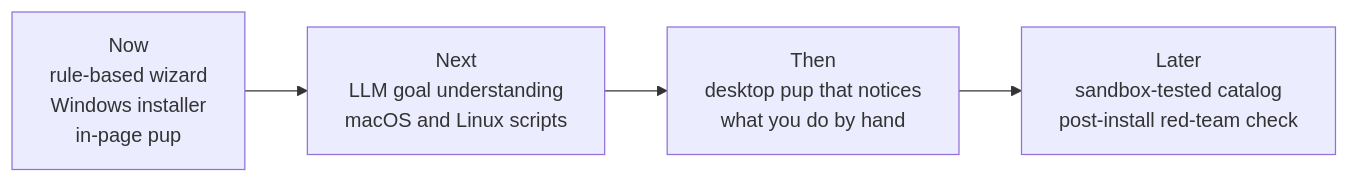
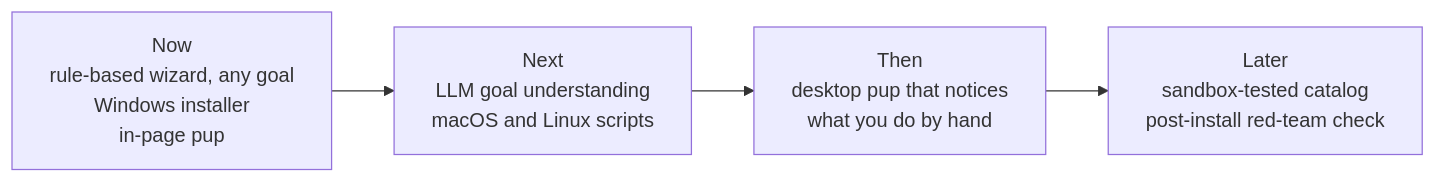
The sixth of 6 diagrams in README.md (Arnav-dll/AgentReady), drawn with Mermaid before and after one commit. The commit also changed other lines of this file, not shown here.

First line of the commit message:
Update README for the any-goal reader and the matte design

````diff
--- a/README.md
+++ b/README.md
@@ -244,6 +251,6 @@
 ```mermaid
 flowchart LR
-    N["Now<br/>rule-based wizard<br/>Windows installer<br/>in-page pup"] --> A["Next<br/>LLM goal understanding<br/>macOS and Linux scripts"]
+    N["Now<br/>rule-based wizard, any goal<br/>Windows installer<br/>in-page pup"] --> A["Next<br/>LLM goal understanding<br/>macOS and Linux scripts"]
     A --> B["Then<br/>desktop pup that notices<br/>what you do by hand"]
     B --> C["Later<br/>sandbox-tested catalog<br/>post-install red-team check"]
 ```
````
